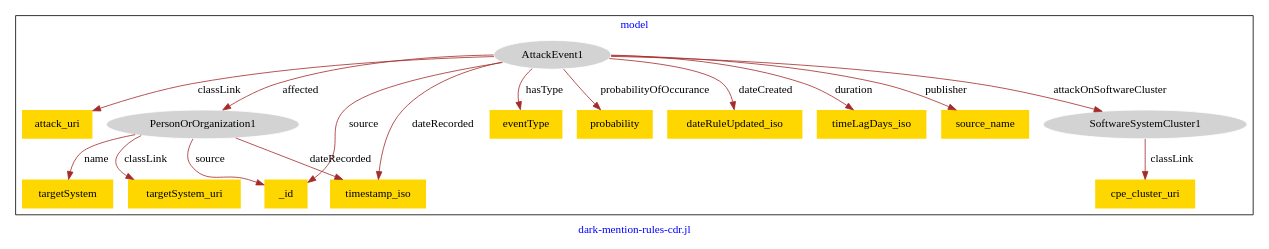
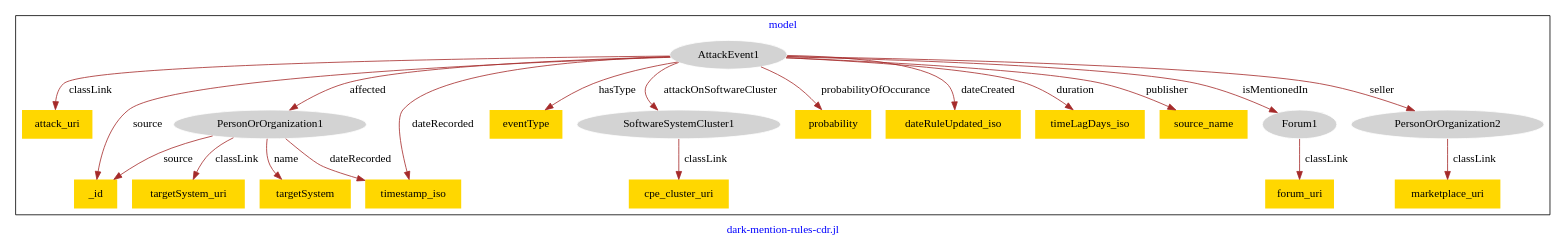
One commit to usc-isi-i2/effect-alignment changed the diagram in models/asu-dark-mention-rules/asu-dark-mention-rules-model.dot. Above: the diagram before and after it, drawn with Graphviz.

Commit message:
Update file asu-dark-mention-rules-model.dot

```diff
--- a/models/asu-dark-mention-rules/asu-dark-mention-rules-model.dot
+++ b/models/asu-dark-mention-rules/asu-dark-mention-rules-model.dot
@@ -1,37 +1,45 @@
 digraph n0 {
 fontcolor="blue"
 remincross="true"
 label="dark-mention-rules-cdr.jl"
 subgraph cluster {
 label="model"
 n2[style="filled",color="white",fillcolor="lightgray",label="AttackEvent1"];
 n3[shape="plaintext",style="filled",fillcolor="gold",label="attack_uri"];
 n4[style="filled",color="white",fillcolor="lightgray",label="PersonOrOrganization1"];
 n5[style="filled",color="white",fillcolor="lightgray",label="SoftwareSystemCluster1"];
 n6[shape="plaintext",style="filled",fillcolor="gold",label="timestamp_iso"];
 n7[shape="plaintext",style="filled",fillcolor="gold",label="eventType"];
-n8[shape="plaintext",style="filled",fillcolor="gold",label="probability"];
-n9[shape="plaintext",style="filled",fillcolor="gold",label="dateRuleUpdated_iso"];
-n10[shape="plaintext",style="filled",fillcolor="gold",label="timeLagDays_iso"];
-n11[shape="plaintext",style="filled",fillcolor="gold",label="source_name"];
-n12[shape="plaintext",style="filled",fillcolor="gold",label="_id"];
-n13[shape="plaintext",style="filled",fillcolor="gold",label="targetSystem_uri"];
-n14[shape="plaintext",style="filled",fillcolor="gold",label="targetSystem"];
-n15[shape="plaintext",style="filled",fillcolor="gold",label="cpe_cluster_uri"];
+n8[style="filled",color="white",fillcolor="lightgray",label="Forum1"];
+n9[shape="plaintext",style="filled",fillcolor="gold",label="probability"];
+n10[shape="plaintext",style="filled",fillcolor="gold",label="dateRuleUpdated_iso"];
+n11[shape="plaintext",style="filled",fillcolor="gold",label="timeLagDays_iso"];
+n12[shape="plaintext",style="filled",fillcolor="gold",label="source_name"];
+n13[style="filled",color="white",fillcolor="lightgray",label="PersonOrOrganization2"];
+n14[shape="plaintext",style="filled",fillcolor="gold",label="_id"];
+n15[shape="plaintext",style="filled",fillcolor="gold",label="forum_uri"];
+n16[shape="plaintext",style="filled",fillcolor="gold",label="targetSystem_uri"];
+n17[shape="plaintext",style="filled",fillcolor="gold",label="targetSystem"];
+n18[shape="plaintext",style="filled",fillcolor="gold",label="marketplace_uri"];
+n19[shape="plaintext",style="filled",fillcolor="gold",label="cpe_cluster_uri"];
 }
 n2 -> n3[color="brown",fontcolor="black",label="classLink"]
 n2 -> n4[color="brown",fontcolor="black",label="affected"]
 n2 -> n5[color="brown",fontcolor="black",label="attackOnSoftwareCluster"]
 n2 -> n6[color="brown",fontcolor="black",label="dateRecorded"]
 n2 -> n7[color="brown",fontcolor="black",label="hasType"]
-n2 -> n8[color="brown",fontcolor="black",label="probabilityOfOccurance"]
-n2 -> n9[color="brown",fontcolor="black",label="dateCreated"]
-n2 -> n10[color="brown",fontcolor="black",label="duration"]
-n2 -> n11[color="brown",fontcolor="black",label="publisher"]
-n2 -> n12[color="brown",fontcolor="black",label="source"]
-n4 -> n13[color="brown",fontcolor="black",label="classLink"]
-n4 -> n14[color="brown",fontcolor="black",label="name"]
-n5 -> n15[color="brown",fontcolor="black",label="classLink"]
+n2 -> n8[color="brown",fontcolor="black",label="isMentionedIn"]
+n2 -> n9[color="brown",fontcolor="black",label="probabilityOfOccurance"]
+n2 -> n10[color="brown",fontcolor="black",label="dateCreated"]
+n2 -> n11[color="brown",fontcolor="black",label="duration"]
+n2 -> n12[color="brown",fontcolor="black",label="publisher"]
+n2 -> n13[color="brown",fontcolor="black",label="seller"]
+n2 -> n14[color="brown",fontcolor="black",label="source"]
+n8 -> n15[color="brown",fontcolor="black",label="classLink"]
+n4 -> n16[color="brown",fontcolor="black",label="classLink"]
+n4 -> n17[color="brown",fontcolor="black",label="name"]
+n13 -> n18[color="brown",fontcolor="black",label="classLink"]
+n5 -> n19[color="brown",fontcolor="black",label="classLink"]
+n4 -> n14[color="brown",fontcolor="black",label="source"]
 n4 -> n6[color="brown",fontcolor="black",label="dateRecorded"]
-n4 -> n12[color="brown",fontcolor="black",label="source"]
 }
```
